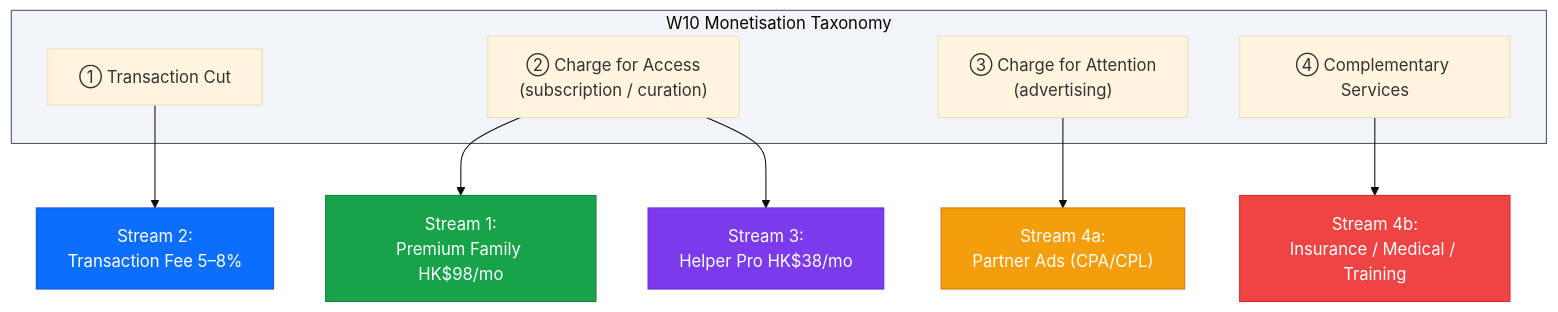
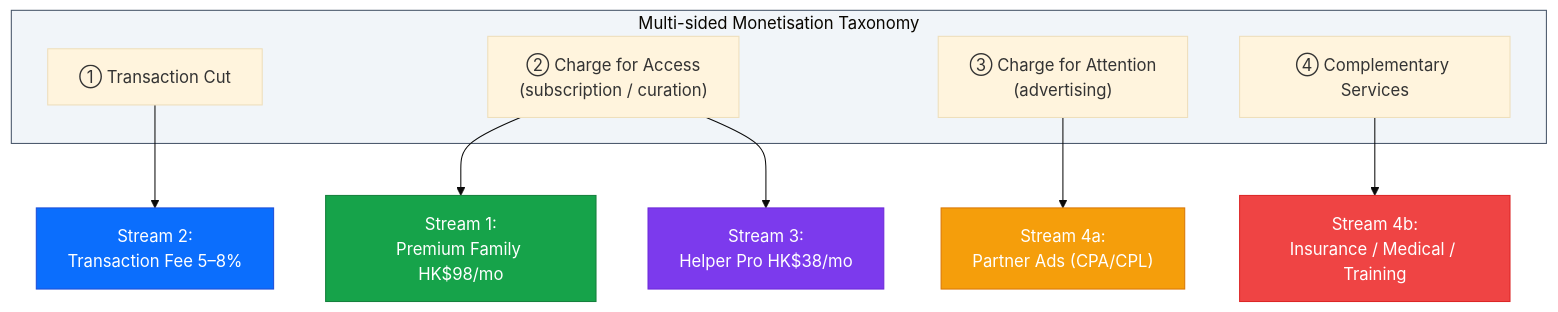
Before and after one commit to LU-Chuanyu/isom2010: the eighth of 10 diagrams in HelperConnect_Final_Report.md, drawn with Mermaid (base theme). The commit also changed other lines of this file, not shown here.

````diff
--- a/HelperConnect_Final_Report.md
+++ b/HelperConnect_Final_Report.md
@@ -368,22 +367,22 @@
 ```mermaid
 flowchart TB
-    subgraph W10["W10 Monetisation Taxonomy"]
+    subgraph TAX["Multi-sided Monetisation Taxonomy"]
         M1["① Transaction Cut"]
         M2["② Charge for Access<br/>(subscription / curation)"]
         M3["③ Charge for Attention<br/>(advertising)"]
         M4["④ Complementary Services"]
     end
 
     M1 --> S2["Stream 2:<br/>Transaction Fee 5–8%"]
     M2 --> S1["Stream 1:<br/>Premium Family HK$98/mo"]
     M2 --> S3["Stream 3:<br/>Helper Pro HK$38/mo"]
     M3 --> S4a["Stream 4a:<br/>Partner Ads (CPA/CPL)"]
     M4 --> S4b["Stream 4b:<br/>Insurance / Medical / Training"]
 
-    style W10 fill:#f1f5f9,stroke:#475569
+    style TAX fill:#f1f5f9,stroke:#475569
     style S1 fill:#16a34a,stroke:#15803d,color:#fff
     style S2 fill:#0b6efd,stroke:#1d4ed8,color:#fff
     style S3 fill:#7c3aed,stroke:#6d28d9,color:#fff
     style S4a fill:#f59e0b,stroke:#d97706,color:#fff
     style S4b fill:#ef4444,stroke:#dc2626,color:#fff
 ```
````
